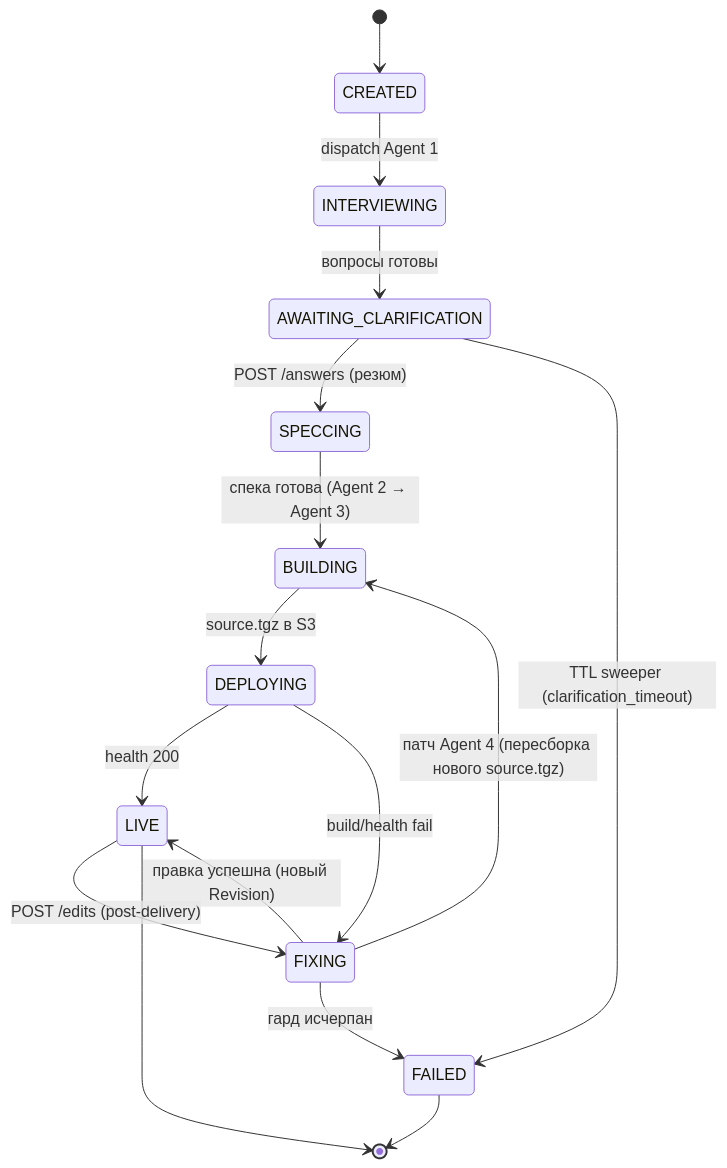
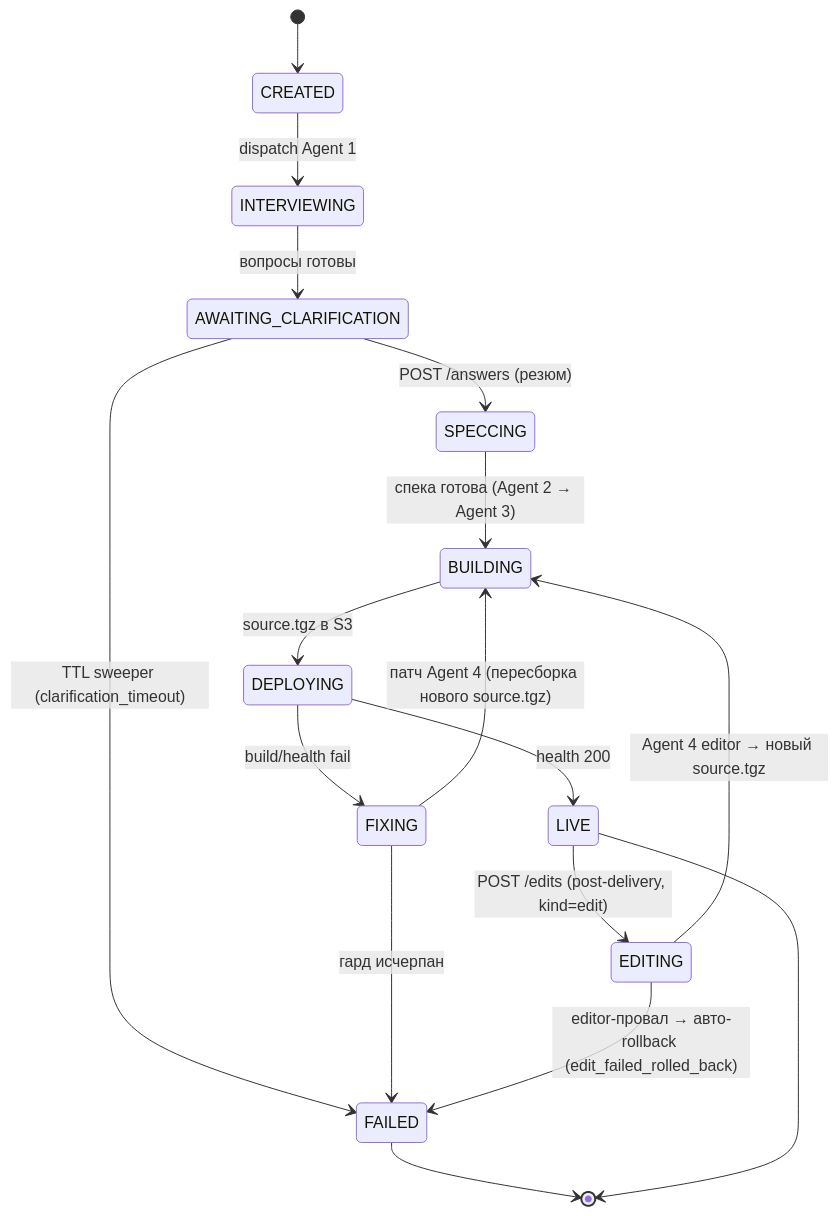
Before and after one commit to eliseiv/lovable-ai: the first of 2 diagrams in docs/modules/pipeline/03-architecture.md, drawn with Mermaid. The commit also changed other lines of this file and 17 other files, not shown here.

First line of the commit message:
feat(pipeline): visible EDITING state for edit jobs (ADR-030)

````diff
--- a/docs/modules/pipeline/03-architecture.md
+++ b/docs/modules/pipeline/03-architecture.md
@@ -5,18 +5,19 @@
 ```mermaid
 stateDiagram-v2
     [*] --> CREATED
     CREATED --> INTERVIEWING: dispatch Agent 1
     INTERVIEWING --> AWAITING_CLARIFICATION: вопросы готовы
     AWAITING_CLARIFICATION --> SPECCING: POST /answers (резюм)
     AWAITING_CLARIFICATION --> FAILED: TTL sweeper (clarification_timeout)
     SPECCING --> BUILDING: спека готова (Agent 2 → Agent 3)
     BUILDING --> DEPLOYING: source.tgz в S3
     DEPLOYING --> LIVE: health 200
     DEPLOYING --> FIXING: build/health fail
     FIXING --> BUILDING: патч Agent 4 (пересборка нового source.tgz)
     FIXING --> FAILED: гард исчерпан
-    LIVE --> FIXING: POST /edits (post-delivery)
-    FIXING --> LIVE: правка успешна (новый Revision)
+    LIVE --> EDITING: POST /edits (post-delivery, kind=edit)
+    EDITING --> BUILDING: Agent 4 editor → новый source.tgz
+    EDITING --> FAILED: editor-провал → авто-rollback (edit_failed_rolled_back)
     FAILED --> [*]
     LIVE --> [*]
 ```
````
